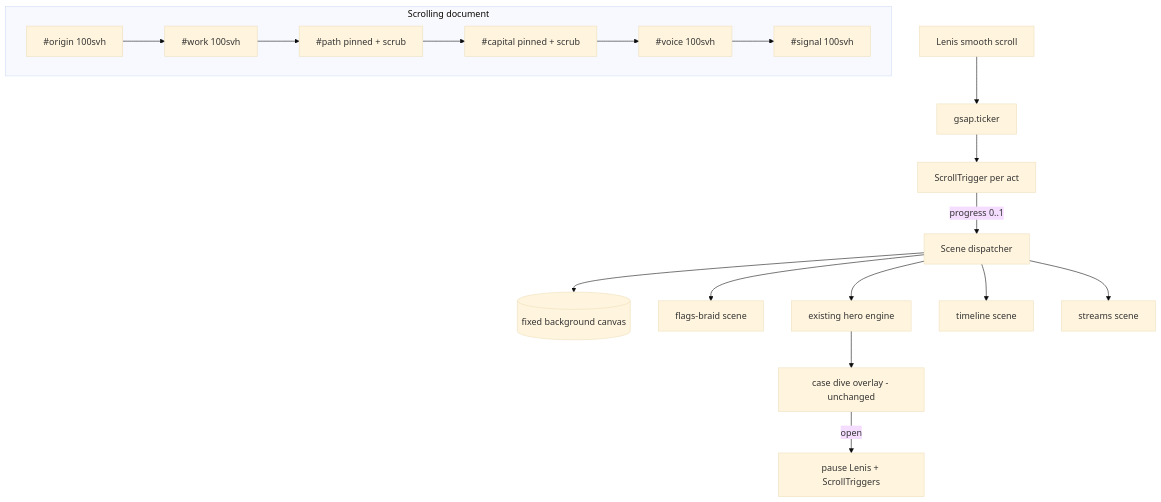
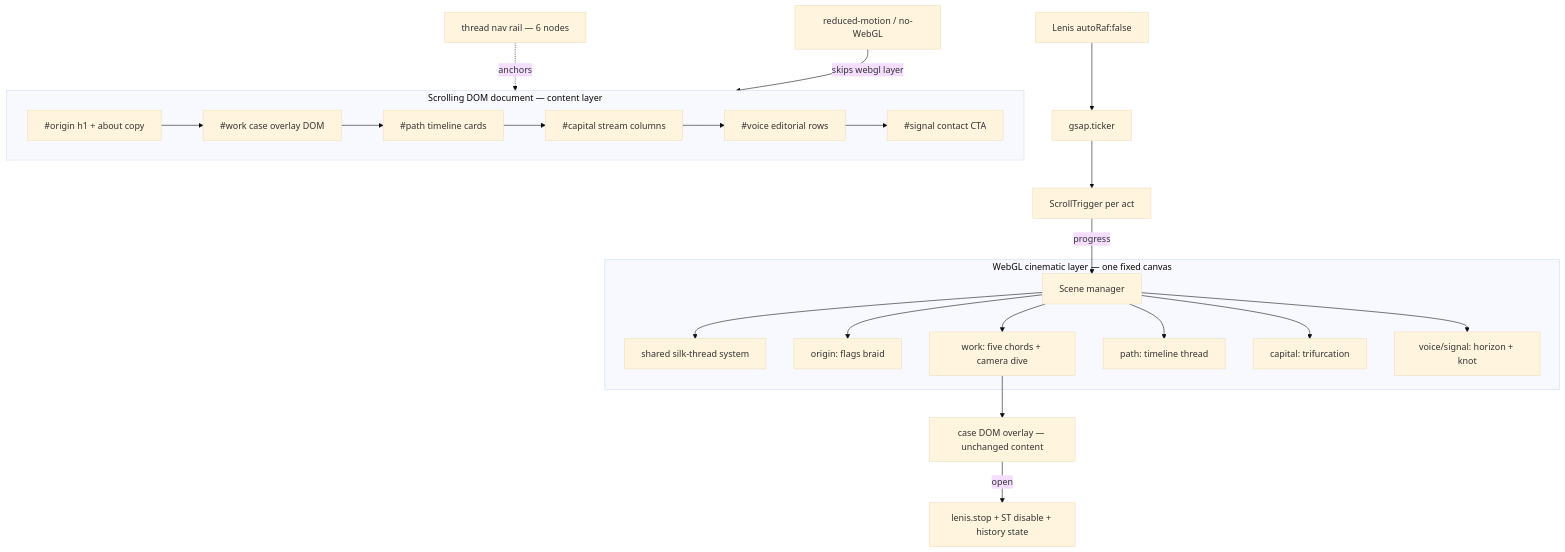
The diagram in plans/2026-07-13-001-feat-cinematic-six-act-scroll-redesign-plan.md (sc-jackie/sergeichan), drawn with Mermaid (base theme) before and after one commit. The commit also changed other lines of this file and 2 other files, not shown here.

````diff
--- a/plans/2026-07-13-001-feat-cinematic-six-act-scroll-redesign-plan.md
+++ b/plans/2026-07-13-001-feat-cinematic-six-act-scroll-redesign-plan.md
@@ -71,20 +73,25 @@
 ```mermaid
 flowchart TB
-  subgraph document [Scrolling document]
-    S1[#origin 100svh] --> S2[#work 100svh]
-    S2 --> S3[#path pinned + scrub]
-    S3 --> S4[#capital pinned + scrub]
-    S4 --> S5[#voice 100svh]
-    S5 --> S6[#signal 100svh]
+  subgraph document [Scrolling DOM document — content layer]
+    S1[#origin h1 + about copy] --> S2[#work case overlay DOM]
+    S2 --> S3[#path timeline cards]
+    S3 --> S4[#capital stream columns]
+    S4 --> S5[#voice editorial rows]
+    S5 --> S6[#signal contact CTA]
   end
-  L[Lenis smooth scroll] --> T[gsap.ticker]
+  NAV[thread nav rail — 6 nodes] -.anchors.-> document
+  L[Lenis autoRaf:false] --> T[gsap.ticker]
   T --> ST[ScrollTrigger per act]
-  ST -->|progress 0..1| D[Scene dispatcher]
-  D --> C[(fixed background canvas)]
-  D --> A1[flags-braid scene]
-  D --> A2[existing hero engine]
-  D --> A3[timeline scene]
-  D --> A4[streams scene]
-  A2 --> CASE[case dive overlay - unchanged]
-  CASE -->|open| P[pause Lenis + ScrollTriggers]
+  ST -->|progress| SM[Scene manager]
+  subgraph webgl [WebGL cinematic layer — one fixed canvas]
+    SM --> TS[shared silk-thread system]
+    SM --> A1[origin: flags braid]
+    SM --> A2[work: five chords + camera dive]
+    SM --> A3[path: timeline thread]
+    SM --> A4[capital: trifurcation]
+    SM --> A56[voice/signal: horizon + knot]
+  end
+  A2 --> CASE[case DOM overlay — unchanged content]
+  CASE -->|open| P[lenis.stop + ST disable + history state]
+  FB[reduced-motion / no-WebGL] -->|skips webgl layer| document
 ```
````
